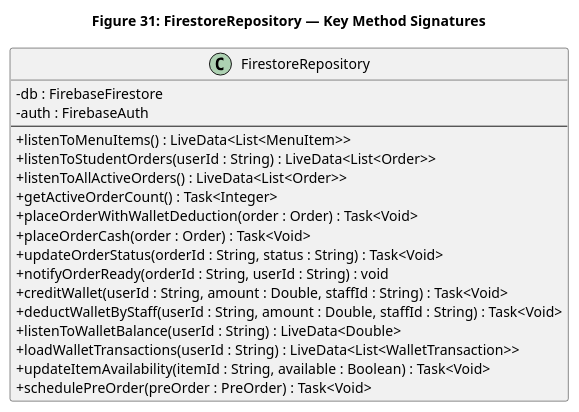
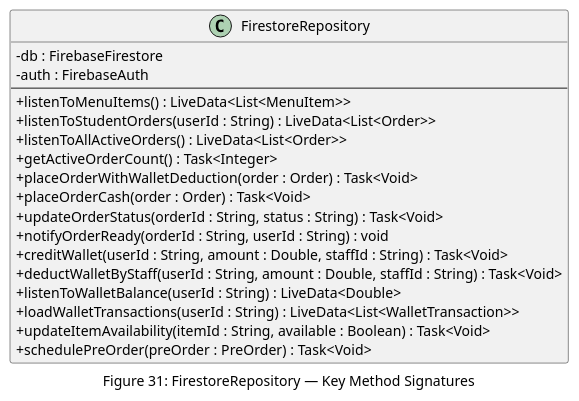
One commit to Musyonchez/beni-2 changed the second of 12 diagrams in pdf-source/figures/ch-6.md. Above: the diagram before and after it, drawn with PlantUML. The commit also changed other lines of this file and 30 other files, not shown here.

First line of the commit message:
chore: update figures, add generated PNGs, fix figure follow-up paragraphs

````diff
--- a/pdf-source/figures/ch-6.md
+++ b/pdf-source/figures/ch-6.md
@@ -97,28 +97,28 @@
 ```plantuml
 @startuml Figure31_FirestoreRepository
 skinparam classAttributeIconSize 0
 skinparam backgroundColor white
 skinparam defaultFontName Arial
-title Figure 31: FirestoreRepository — Key Method Signatures
+caption Figure 31: FirestoreRepository — Key Method Signatures
 
 class FirestoreRepository {
   -db : FirebaseFirestore
   -auth : FirebaseAuth
   --
   +listenToMenuItems() : LiveData<List<MenuItem>>
   +listenToStudentOrders(userId : String) : LiveData<List<Order>>
   +listenToAllActiveOrders() : LiveData<List<Order>>
   +getActiveOrderCount() : Task<Integer>
   +placeOrderWithWalletDeduction(order : Order) : Task<Void>
   +placeOrderCash(order : Order) : Task<Void>
   +updateOrderStatus(orderId : String, status : String) : Task<Void>
   +notifyOrderReady(orderId : String, userId : String) : void
   +creditWallet(userId : String, amount : Double, staffId : String) : Task<Void>
   +deductWalletByStaff(userId : String, amount : Double, staffId : String) : Task<Void>
   +listenToWalletBalance(userId : String) : LiveData<Double>
   +loadWalletTransactions(userId : String) : LiveData<List<WalletTransaction>>
   +updateItemAvailability(itemId : String, available : Boolean) : Task<Void>
   +schedulePreOrder(preOrder : PreOrder) : Task<Void>
 }
 @enduml
 ```
````
